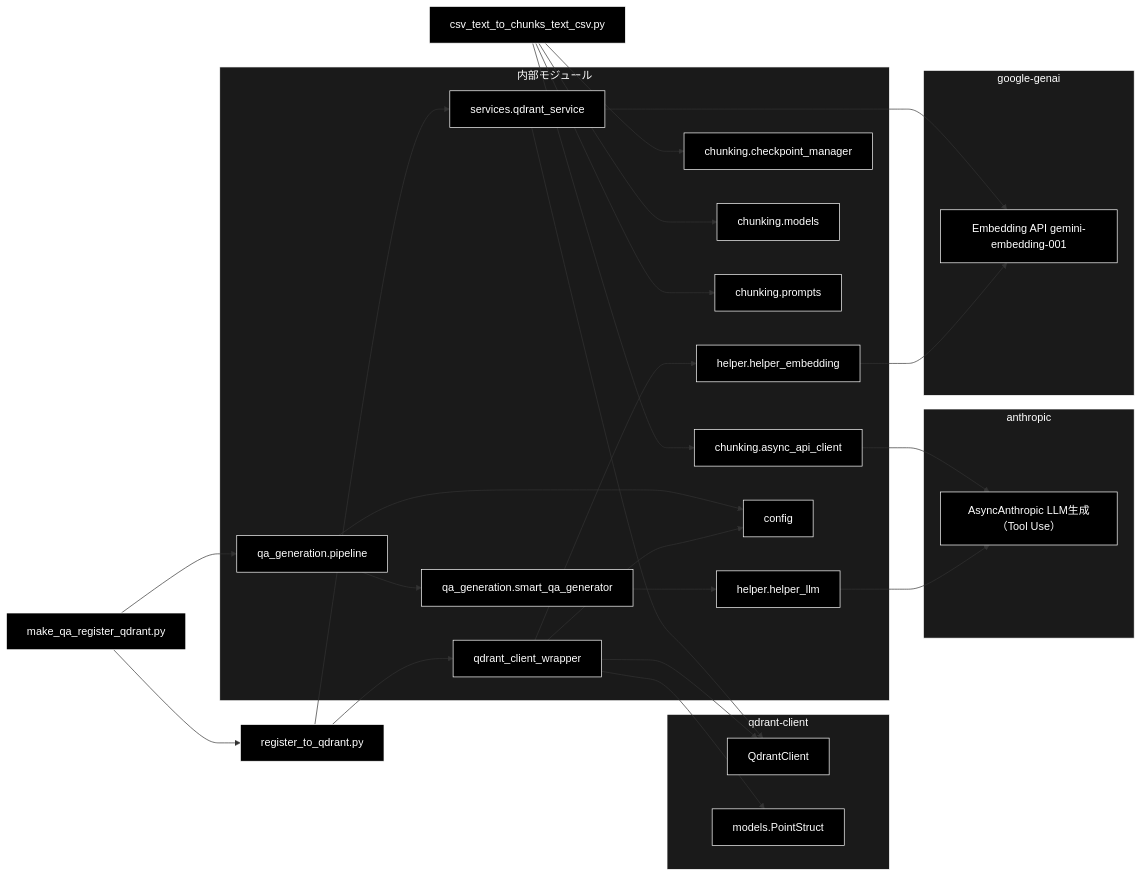
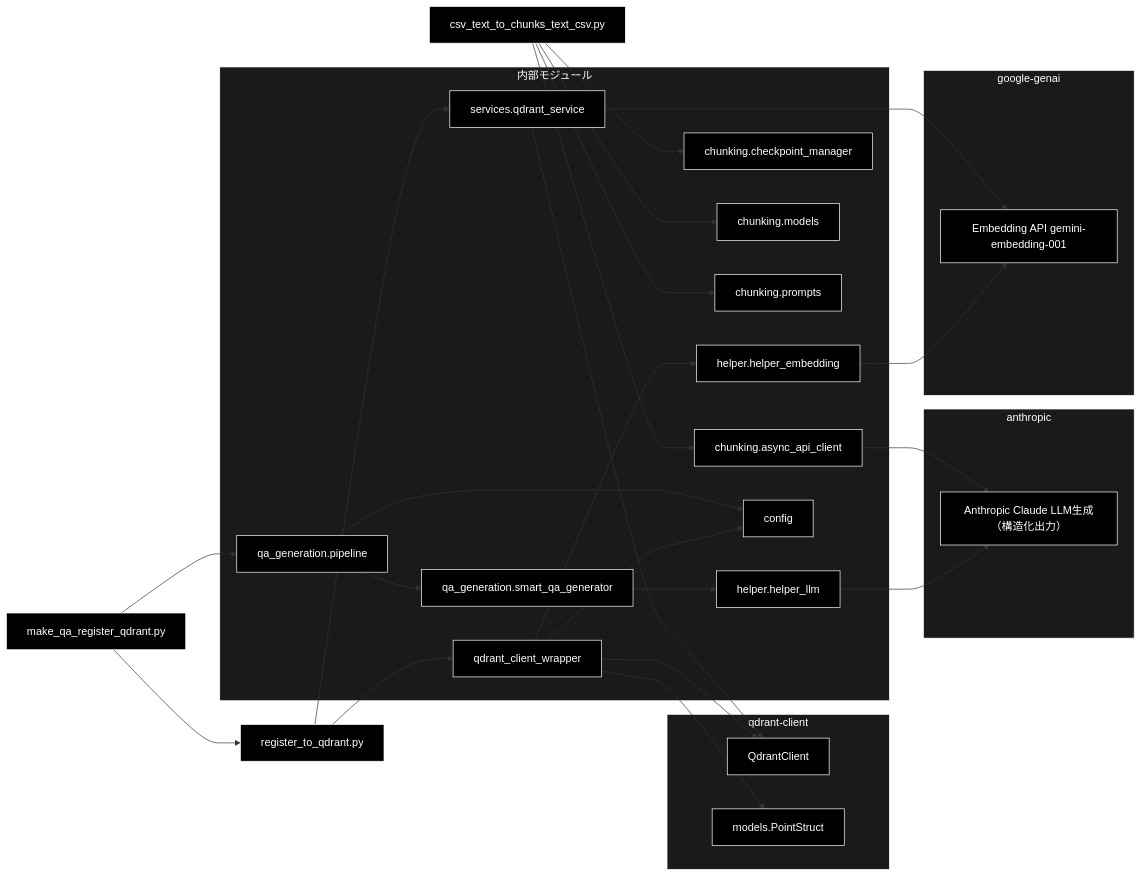
One commit to nakashima2toshio/anthropic_grace_agent_v2 changed the fifth of 5 diagrams in readme_rag.md. Above: the diagram before and after it, drawn with Mermaid. The commit also changed other lines of this file and 9 other files, not shown here.

````diff
--- a/readme_rag.md
+++ b/readme_rag.md
@@ -1371,60 +1399,60 @@
 ```mermaid
 flowchart LR
     CHUNK["csv_text_to_chunks_text_csv.py"]
     MAKE_QA["make_qa_register_qdrant.py"]
     REG["register_to_qdrant.py"]
 
     subgraph ANTHROPIC["anthropic"]
-        ANT_LLM["AsyncAnthropic LLM生成（Tool Use）"]
+        ANT_LLM["Anthropic Claude LLM生成（構造化出力）"]
     end
 
     subgraph GOOGLE["google-genai"]
         GENAI_EMB["Embedding API gemini-embedding-001"]
     end
 
     subgraph QDRANT_LIB["qdrant-client"]
         QC["QdrantClient"]
         QM["models.PointStruct"]
     end
 
     subgraph INTERNAL["内部モジュール"]
         ASYNC_CLI["chunking.async_api_client"]
         CHECKPOINT["chunking.checkpoint_manager"]
         MODELS["chunking.models"]
         PROMPTS["chunking.prompts"]
         PIPELINE["qa_generation.pipeline"]
         SMART_QA["qa_generation.smart_qa_generator"]
         QDRANT_SVC["services.qdrant_service"]
         QDRANT_WRAP["qdrant_client_wrapper"]
         HELPER_EMB["helper.helper_embedding"]
         HELPER_LLM["helper.helper_llm"]
         CONFIG["config"]
     end
 
     CHUNK --> ASYNC_CLI --> ANT_LLM
     CHUNK --> CHECKPOINT
     CHUNK --> MODELS
     CHUNK --> PROMPTS
 
     MAKE_QA --> PIPELINE
     MAKE_QA --> REG
     REG --> QDRANT_SVC
     REG --> QDRANT_WRAP
 
     PIPELINE --> SMART_QA --> HELPER_LLM --> ANT_LLM
     QDRANT_SVC --> GENAI_EMB
     QDRANT_SVC --> QC
     QDRANT_WRAP --> HELPER_EMB --> GENAI_EMB
     QDRANT_WRAP --> QC
     QDRANT_WRAP --> QM
 
     PIPELINE --> CONFIG
     QDRANT_WRAP --> CONFIG
 classDef default fill:#000,stroke:#fff,color:#fff
 classDef subgraphStyle fill:#1a1a1a,stroke:#fff,color:#fff
 class CHUNK,MAKE_QA,REG,ANT_LLM,GENAI_EMB,QC,QM,ASYNC_CLI,CHECKPOINT,MODELS,PROMPTS,PIPELINE,SMART_QA,QDRANT_SVC,QDRANT_WRAP,HELPER_EMB,HELPER_LLM,CONFIG default
 style ANTHROPIC fill:#1a1a1a,stroke:#fff,color:#fff
 style GOOGLE fill:#1a1a1a,stroke:#fff,color:#fff
 style QDRANT_LIB fill:#1a1a1a,stroke:#fff,color:#fff
 style INTERNAL fill:#1a1a1a,stroke:#fff,color:#fff
 ```
````
